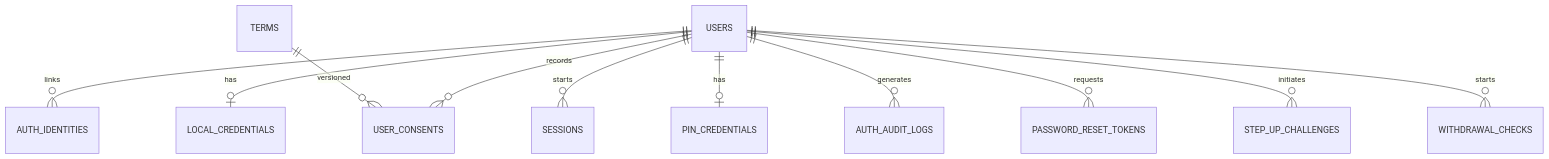
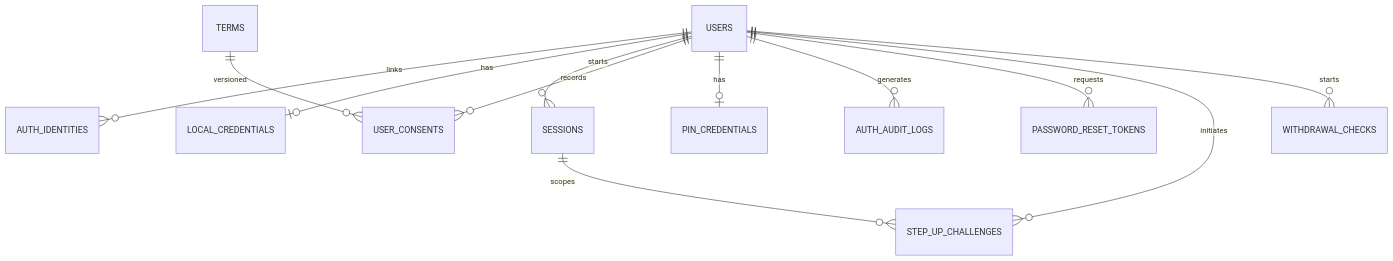
One commit to yellowgreenbean/midproject_ai_agent changed the fourth of 8 diagrams in docs/회원_계좌기능_기획서.md. Above: the diagram before and after it, drawn with Mermaid. The commit also changed other lines of this file and 6 other files, not shown here.

````diff
--- a/docs/회원_계좌기능_기획서.md
+++ b/docs/회원_계좌기능_기획서.md
@@ -640,13 +641,14 @@
 ```mermaid
 erDiagram
     USERS ||--o{ AUTH_IDENTITIES : links
     USERS ||--o| LOCAL_CREDENTIALS : has
     USERS ||--o{ SESSIONS : starts
     USERS ||--o{ USER_CONSENTS : records
     TERMS ||--o{ USER_CONSENTS : versioned
     USERS ||--o| PIN_CREDENTIALS : has
     USERS ||--o{ AUTH_AUDIT_LOGS : generates
     USERS ||--o{ PASSWORD_RESET_TOKENS : requests
     USERS ||--o{ STEP_UP_CHALLENGES : initiates
+    SESSIONS ||--o{ STEP_UP_CHALLENGES : scopes
     USERS ||--o{ WITHDRAWAL_CHECKS : starts
 ```
````
